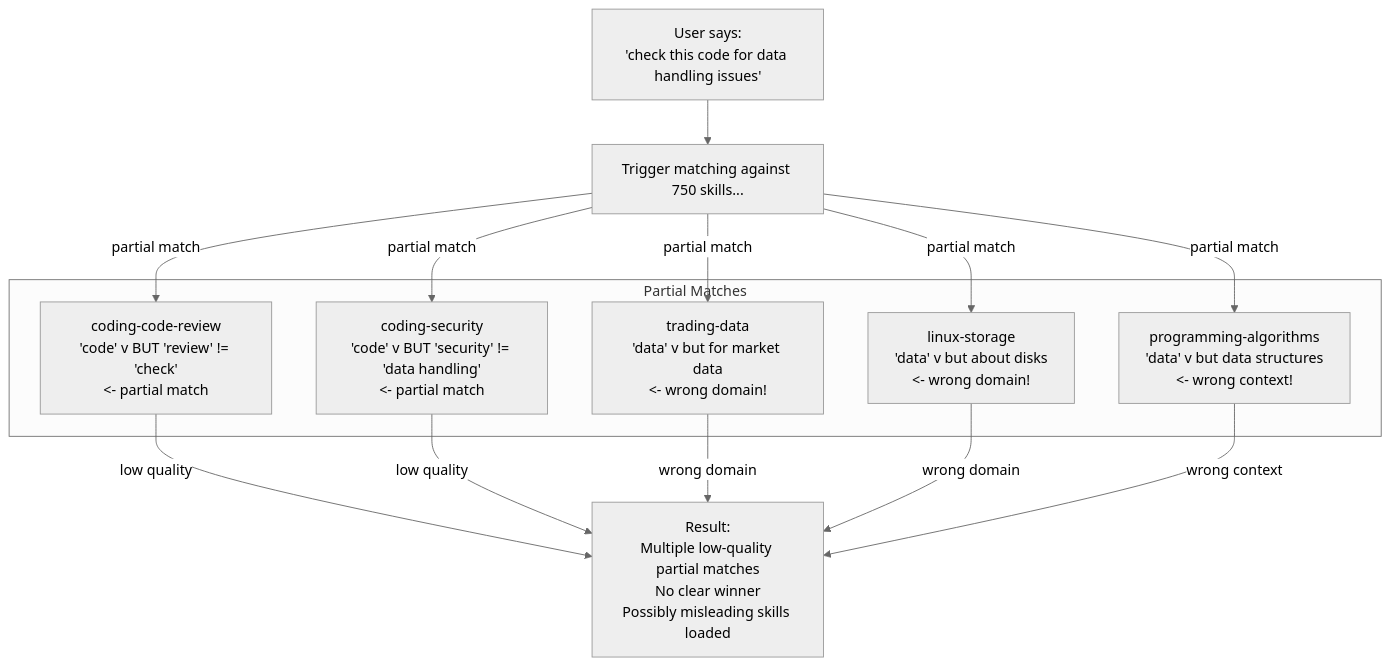
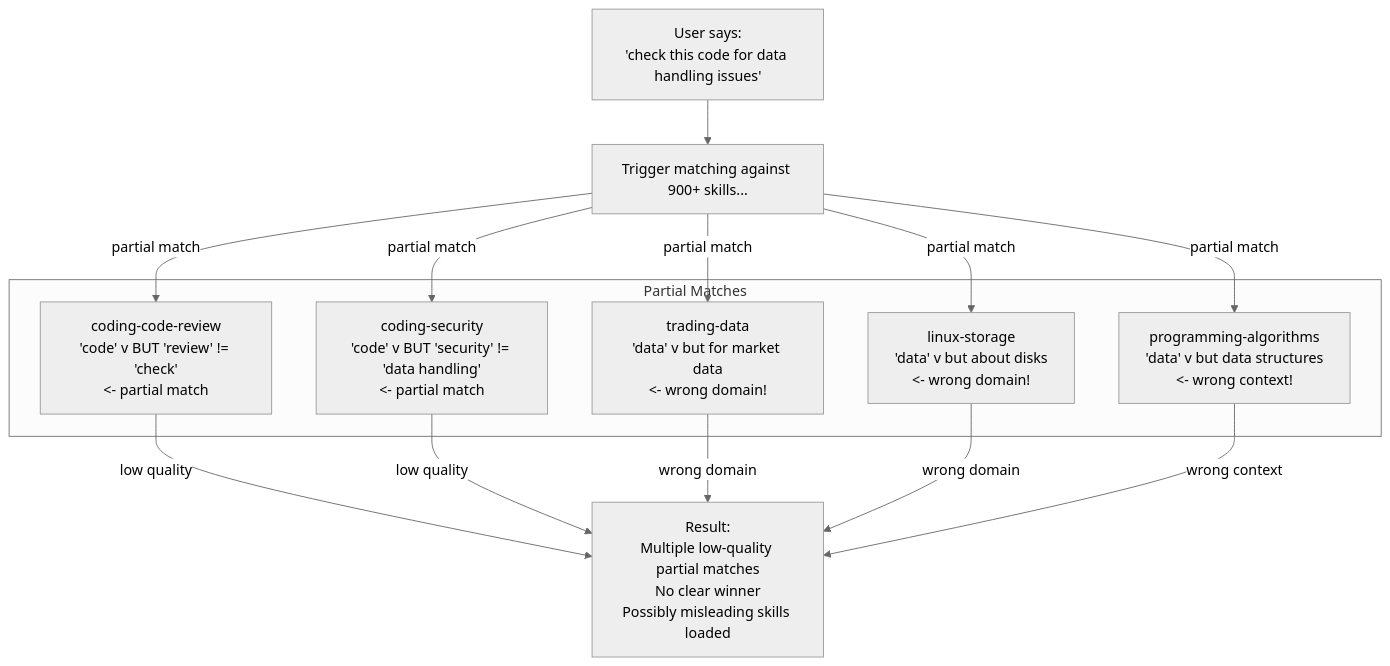
One commit to paulpas/agent-skill-router changed the third of 10 diagrams in docs/skill-evolution.md. Above: the diagram before and after it, drawn with Mermaid (neutral theme). The commit also changed other lines of this file and 6 other files, not shown here.

````diff
--- a/docs/skill-evolution.md
+++ b/docs/skill-evolution.md
@@ -165,25 +165,25 @@
 ```mermaid
 flowchart TD
-    A["User says:<br/>'check this code for data handling issues'"] --> B["Trigger matching against 750 skills..."]
+    A["User says:<br/>'check this code for data handling issues'"] --> B["Trigger matching against 900+ skills..."]
     
     subgraph "Partial Matches"
         C["coding-code-review<br/>'code' v BUT 'review' != 'check'<br/><- partial match"]
         D["coding-security<br/>'code' v BUT 'security' != 'data handling'<br/><- partial match"]
         E["trading-data<br/>'data' v but for market data<br/><- wrong domain!"]
         F["linux-storage<br/>'data' v but about disks<br/><- wrong domain!"]
         G["programming-algorithms<br/>'data' v but data structures<br/><- wrong context!"]
     end
     
     B -->|"partial match"| C
     B -->|"partial match"| D
     B -->|"partial match"| E
     B -->|"partial match"| F
     B -->|"partial match"| G
     
     H["Result:<br/>Multiple low-quality partial matches<br/>No clear winner<br/>Possibly misleading skills loaded"]
     C -->|"low quality"| H
     D -->|"low quality"| H
     E -->|"wrong domain"| H
     F -->|"wrong domain"| H
     G -->|"wrong context"| H
 ```
````
